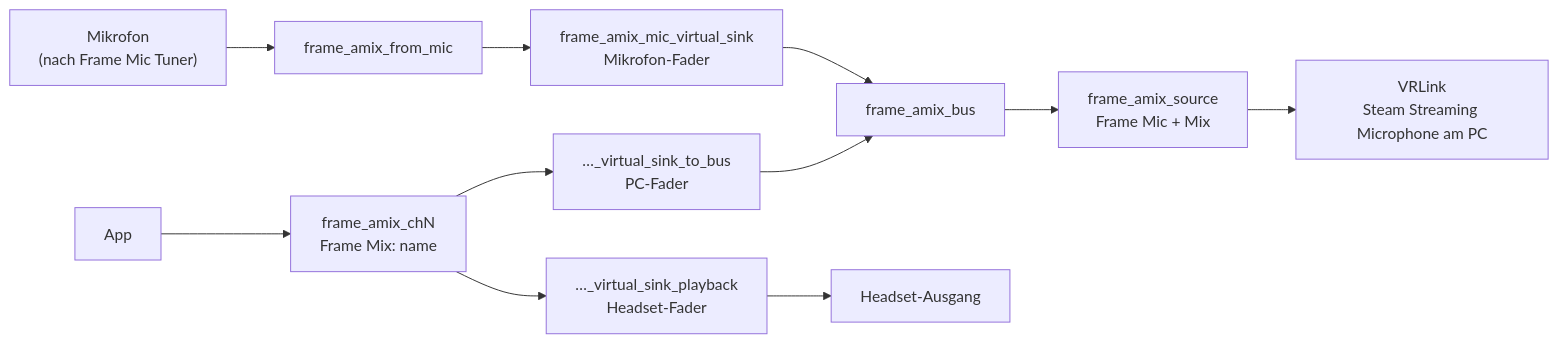
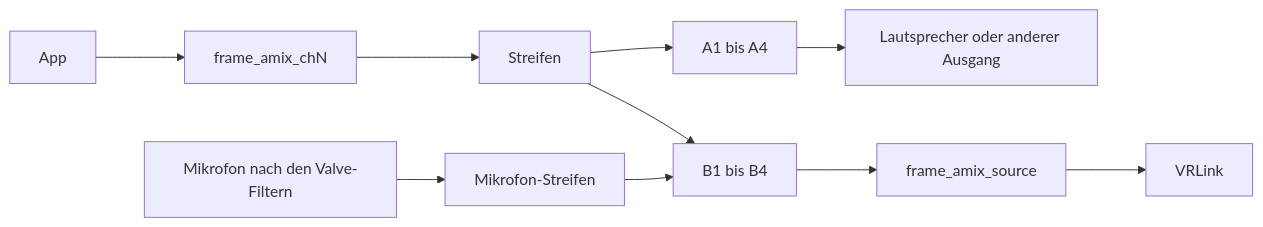
The diagram in docs/how-it-works.de.md (marcus-universe/frame-audio-mixer), drawn with Mermaid before and after one commit. The commit also changed other lines of this file and 47 other files, not shown here.

````diff
--- a/docs/how-it-works.de.md
+++ b/docs/how-it-works.de.md
@@ -7,11 +7,12 @@
 ```mermaid
 flowchart LR
-    mic["Mikrofon<br/>(nach Frame Mic Tuner)"] --> from_mic[frame_amix_from_mic]
-    from_mic --> mic_fader["frame_amix_mic_virtual_sink<br/>Mikrofon-Fader"]
-    mic_fader --> bus[frame_amix_bus]
-    app["App"] --> sink["frame_amix_chN<br/>Frame Mix: name"]
-    sink --> phones["…_virtual_sink_playback<br/>Headset-Fader"] --> out["Headset-Ausgang"]
-    sink --> to_bus["…_virtual_sink_to_bus<br/>PC-Fader"] --> bus
-    bus --> source["frame_amix_source<br/>Frame Mic + Mix"]
-    source --> vrlink["VRLink<br/>Steam Streaming Microphone am PC"]
+  appA[App] --> chSink["frame_amix_chN"]
+  micSrc["Mikrofon nach den Valve-Filtern"] --> micStrip["Mikrofon-Streifen"]
+  chSink --> chStrip["Streifen"]
+  chStrip --> busA["A1 bis A4"]
+  chStrip --> busB["B1 bis B4"]
+  micStrip --> busB
+  busA --> speakers["Lautsprecher oder anderer Ausgang"]
+  busB --> frameMix["frame_amix_source"]
+  frameMix --> vrlink["VRLink"]
 ```
````
